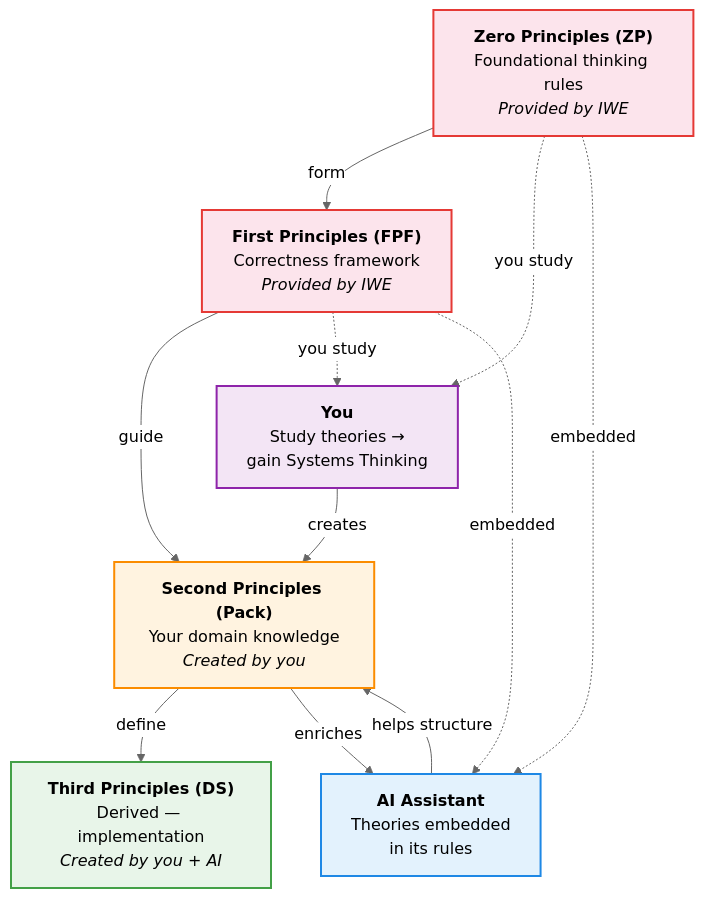
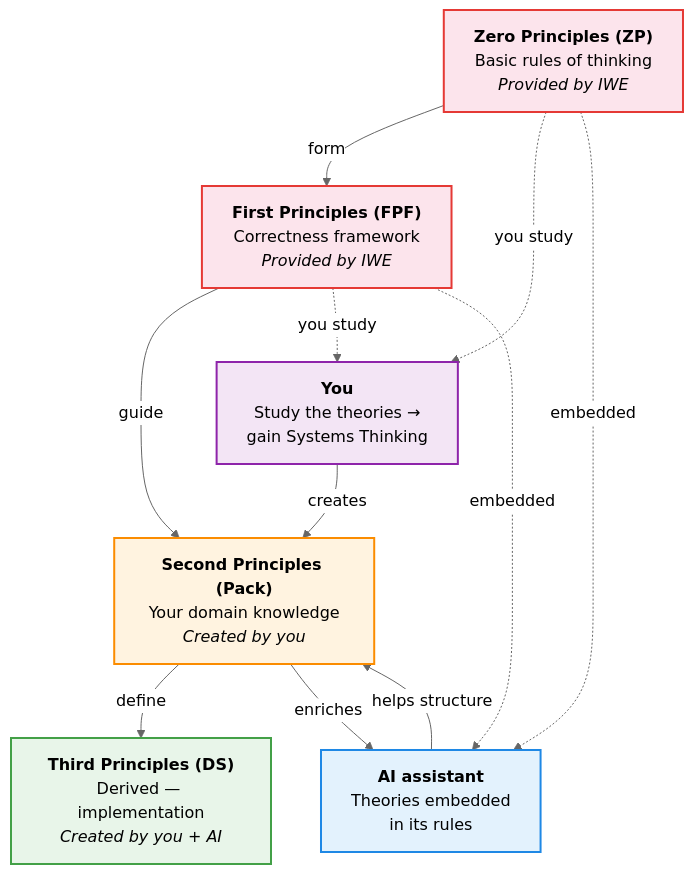
One commit to iwesys/IWE changed the third of 3 diagrams in docs/onboarding/onboarding-guide.md. Above: the diagram before and after it, drawn with Mermaid (neutral theme). The commit also changed other lines of this file and 3 other files, not shown here.

````diff
--- a/docs/onboarding/onboarding-guide.md
+++ b/docs/onboarding/onboarding-guide.md
@@ -296,29 +297,29 @@
 ```mermaid
 graph TD
-    ZP["<b>Zero Principles (ZP)</b><br/>Foundational thinking rules<br/><i>Provided by IWE</i>"]
+    ZP["<b>Zero Principles (ZP)</b><br/>Basic rules of thinking<br/><i>Provided by IWE</i>"]
     FPF["<b>First Principles (FPF)</b><br/>Correctness framework<br/><i>Provided by IWE</i>"]
     PACK["<b>Second Principles (Pack)</b><br/>Your domain knowledge<br/><i>Created by you</i>"]
     DS["<b>Third Principles (DS)</b><br/>Derived — implementation<br/><i>Created by you + AI</i>"]
 
     ZP -->|"form"| FPF
     FPF -->|"guide"| PACK
     PACK -->|"define"| DS
 
-    USER["<b>You</b><br/>Study theories →<br/>gain Systems Thinking"]
-    AI["<b>AI Assistant</b><br/>Theories embedded<br/>in its rules"]
+    USER["<b>You</b><br/>Study the theories →<br/>gain Systems Thinking"]
+    AI["<b>AI assistant</b><br/>Theories embedded<br/>in its rules"]
 
     ZP -.->|"you study"| USER
     FPF -.->|"you study"| USER
     ZP -.->|"embedded"| AI
     FPF -.->|"embedded"| AI
     USER -->|"creates"| PACK
     PACK -->|"enriches"| AI
     AI -->|"helps structure"| PACK
 
     style ZP fill:#fce4ec,stroke:#e53935,stroke-width:2px
     style FPF fill:#fce4ec,stroke:#e53935,stroke-width:2px
     style PACK fill:#fff3e0,stroke:#fb8c00,stroke-width:2px
     style DS fill:#e8f5e9,stroke:#43a047,stroke-width:2px
     style USER fill:#f3e5f5,stroke:#8e24aa,stroke-width:2px
     style AI fill:#e3f2fd,stroke:#1e88e5,stroke-width:2px
 ```
````
